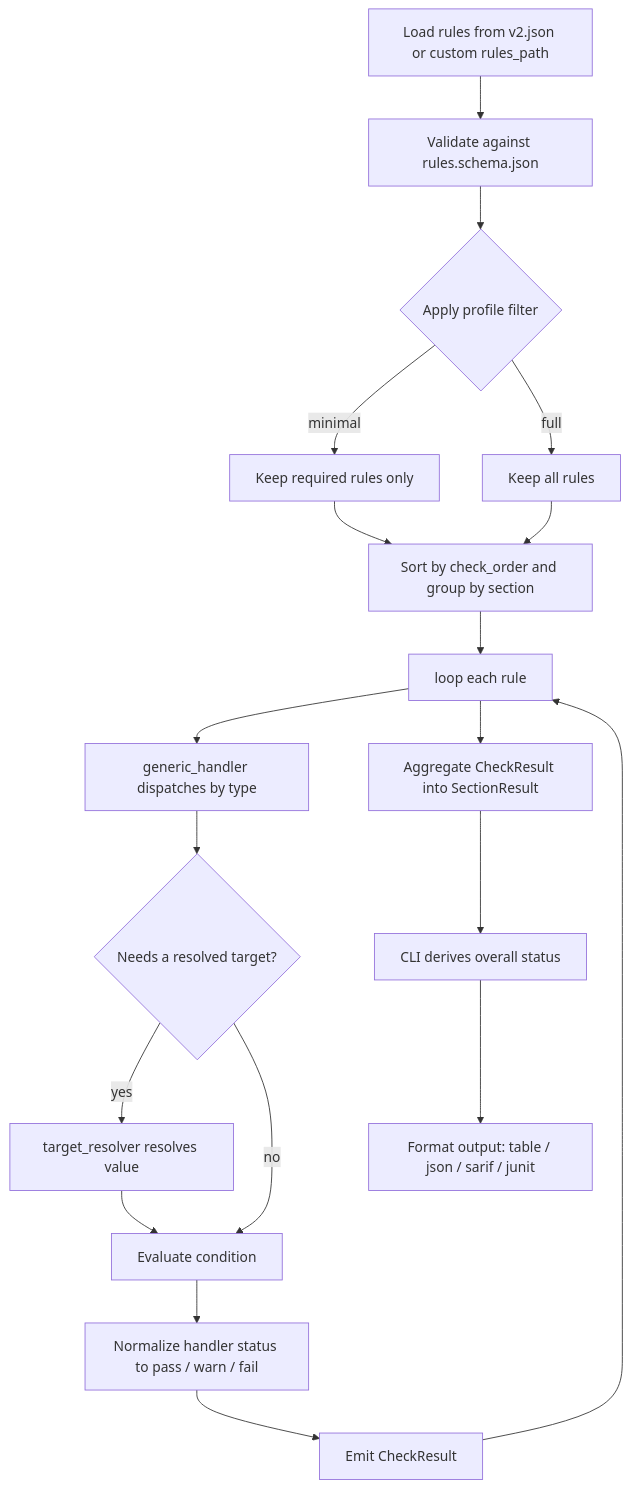
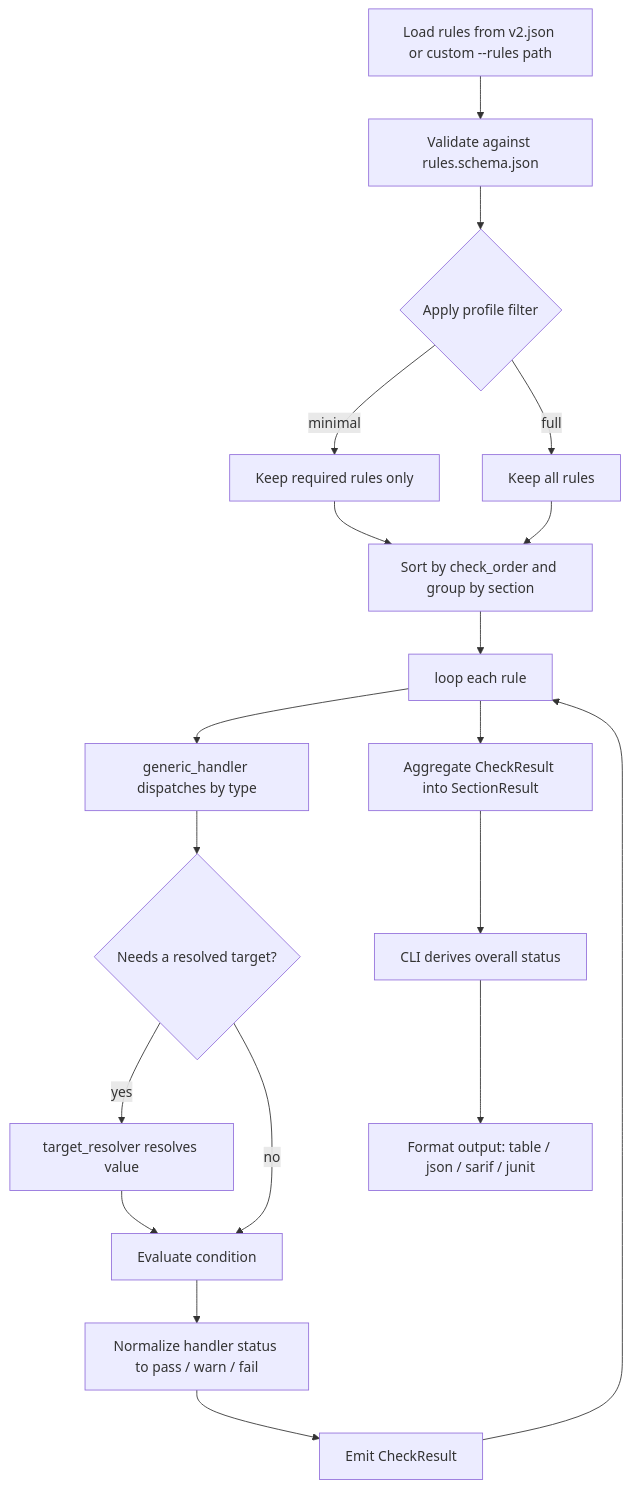
One commit to yeongseon/azure-functions-doctor-for-python changed the diagram in docs/diagnostics.md. Above: the diagram before and after it, drawn with Mermaid. The commit also changed 2 other files, not shown here.

Commit message:
docs: address review feedback (rules flag label, least-privilege perms, robust path check)

````diff
--- a/docs/diagnostics.md
+++ b/docs/diagnostics.md
@@ -28,21 +28,21 @@
 ```mermaid
 flowchart TD
-    A[Load rules from v2.json or custom rules_path] --> B[Validate against rules.schema.json]
+    A[Load rules from v2.json or custom --rules path] --> B[Validate against rules.schema.json]
     B --> C{Apply profile filter}
     C -->|minimal| D[Keep required rules only]
     C -->|full| E[Keep all rules]
     D --> F[Sort by check_order and group by section]
     E --> F
     F --> G[loop each rule]
     G --> H[generic_handler dispatches by type]
     H --> I{Needs a resolved target?}
     I -->|yes| J[target_resolver resolves value]
     I -->|no| K[Evaluate condition]
     J --> K
     K --> L[Normalize handler status to pass / warn / fail]
     L --> M[Emit CheckResult]
     M --> G
     G --> N[Aggregate CheckResult into SectionResult]
     N --> O[CLI derives overall status]
     O --> P[Format output: table / json / sarif / junit]
 ```
````
